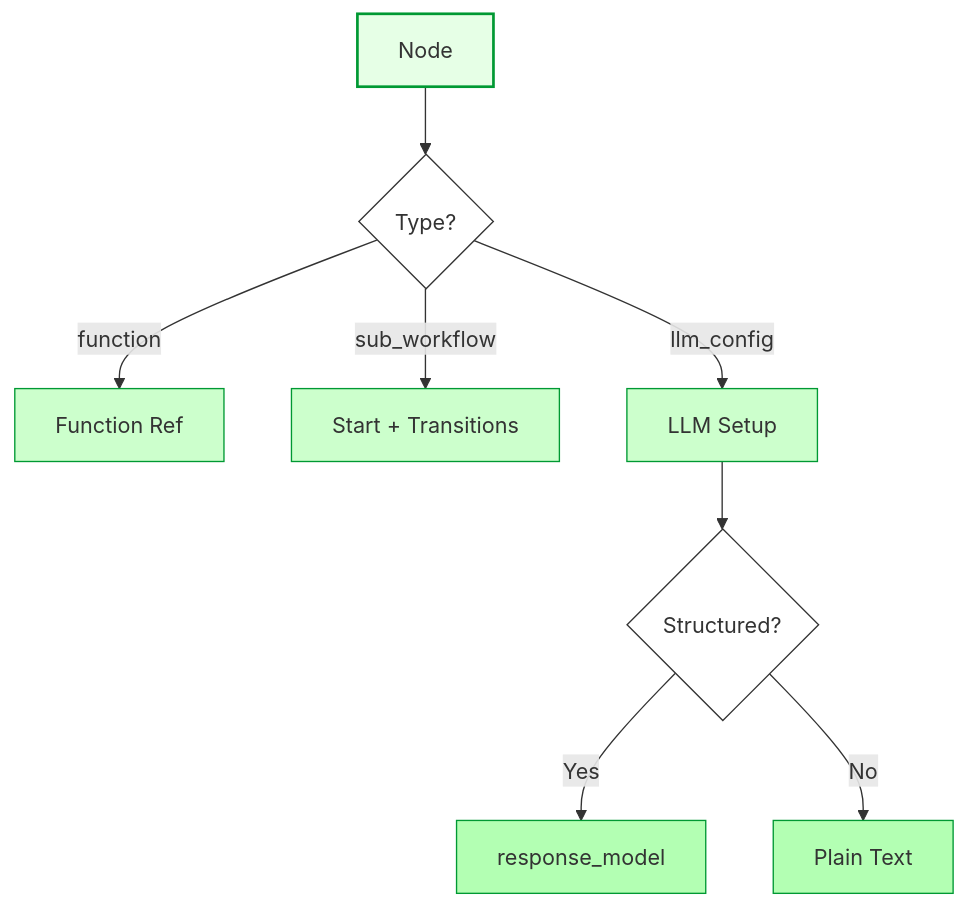
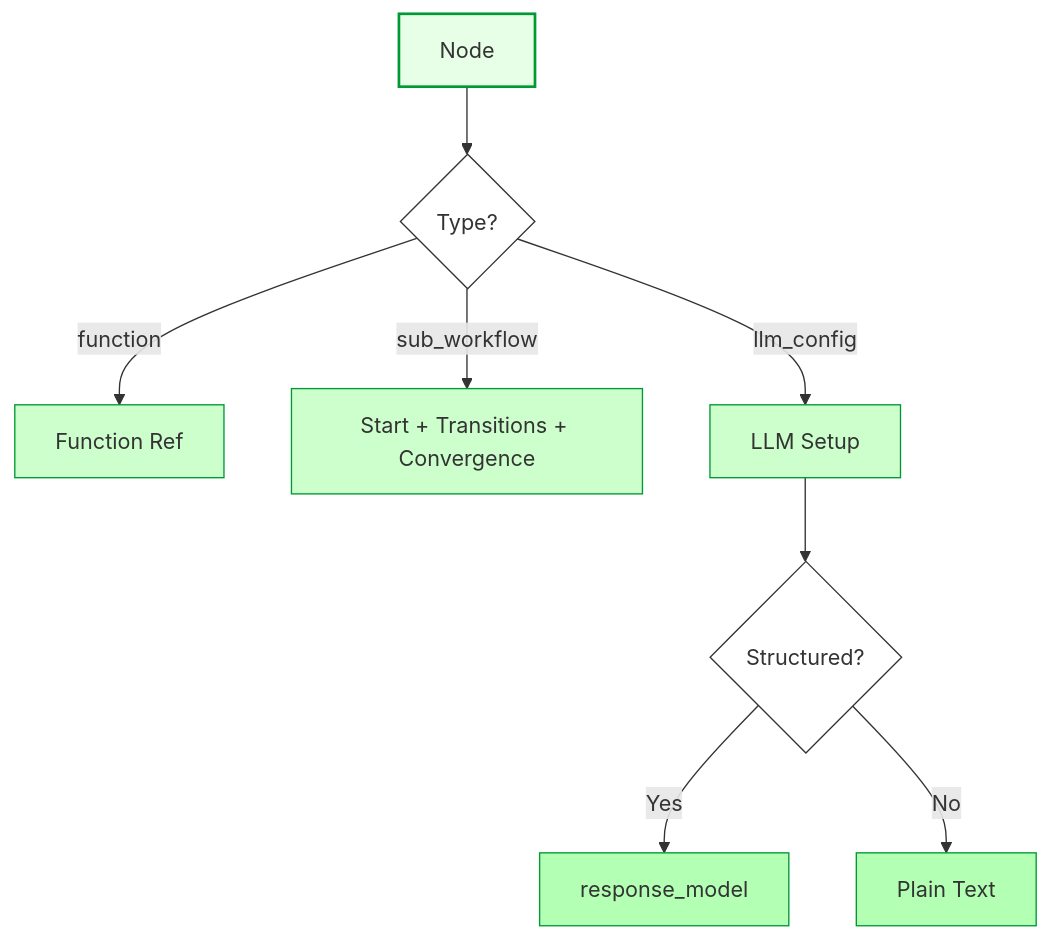
The fourth of 6 diagrams in quantalogic/flow/flow_yaml.md (quantalogic/quantalogic), drawn with Mermaid before and after one commit. The commit also changed other lines of this file and 10 other files, not shown here.

Commit message:
udpate flow language

````diff
--- a/quantalogic/flow/flow_yaml.md
+++ b/quantalogic/flow/flow_yaml.md
@@ -395,18 +405,18 @@
 ```mermaid
 graph TD
     A[Node] --> B{Type?}
     B -->|function| C[Function Ref]
-    B -->|sub_workflow| D[Start + Transitions]
+    B -->|sub_workflow| D[Start + Transitions + Convergence]
     B -->|llm_config| E[LLM Setup]
     E --> F{Structured?}
     F -->|Yes| G[response_model]
     F -->|No| H[Plain Text]
     style A fill:#e6ffe6,stroke:#009933,stroke-width:2px
     style B fill:#fff,stroke:#333
     style C fill:#ccffcc,stroke:#009933
     style D fill:#ccffcc,stroke:#009933
     style E fill:#ccffcc,stroke:#009933
     style F fill:#fff,stroke:#333
     style G fill:#b3ffb3,stroke:#009933
     style H fill:#b3ffb3,stroke:#009933
 ```
````
